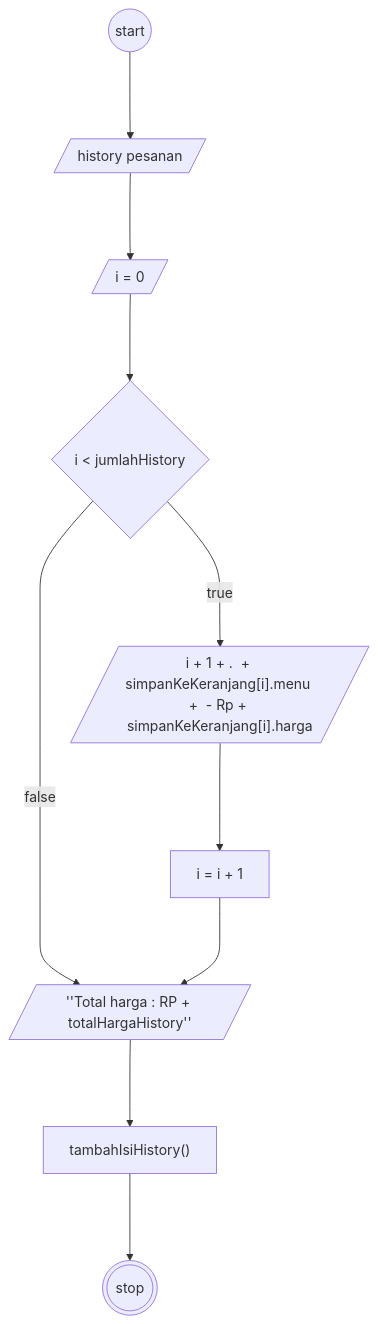
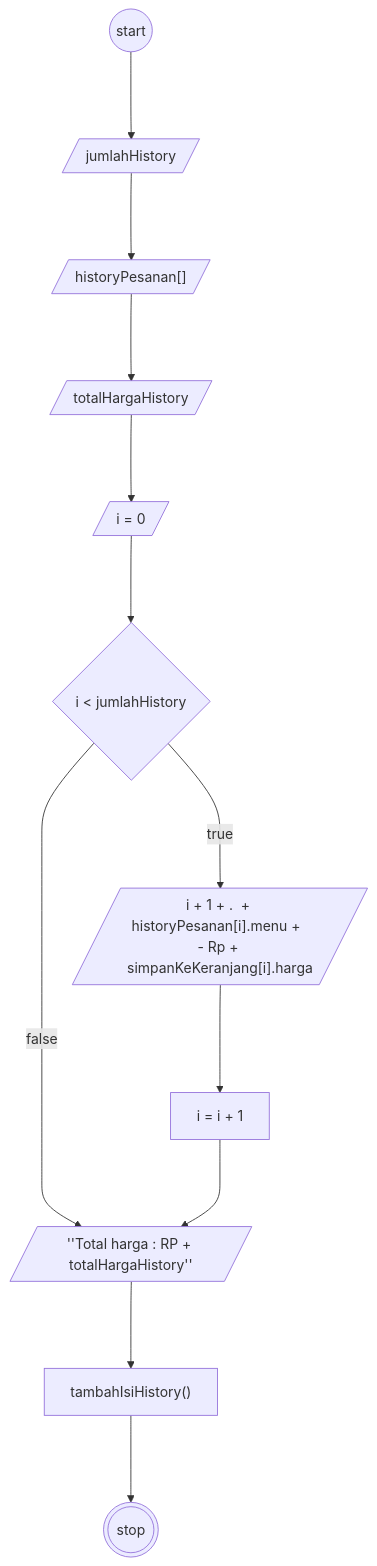
Before and after one commit to VirgilIw/koda-b4-homework1: the diagram in flowchartHistory.md, drawn with Mermaid.

````diff
--- a/flowchartHistory.md
+++ b/flowchartHistory.md
@@ -1,26 +1,30 @@
 ```mermaid
 flowchart TB
 
 start((start))
 stop(((stop)))
 
-pesan[/history pesanan/]
+pesan[/"historyPesanan[]"/]
+
+let1@{shape: lean-r, label: jumlahHistory}
+let3@{shape: lean-r, label: totalHargaHistory}
 
 i@{shape: lean-r, label: i = 0}
 
 while{i < jumlahHistory}
 
-true1[/"i + 1 + .  + simpanKeKeranjang[i].menu +  - Rp + simpanKeKeranjang[i].harga"/]
+true1[/"i + 1 + .  + historyPesanan[i].menu +  - Rp + simpanKeKeranjang[i].harga"/]
 iTambah@{shape: rect, label: i = i + 1}
 log3[/''Total harga : RP + totalHargaHistory''/]
 tambahIsiHisto["tambahIsiHistory()"]
 
-start--->pesan--->i
+start--->let1--->pesan
+pesan--->let3--->i
 while--false--->log3
 i--->while--true--->true1
 true1--->iTambah--->log3
 
 log3--->tambahIsiHisto--->stop
 
 
 ```
````
